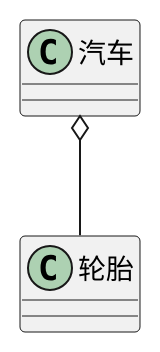
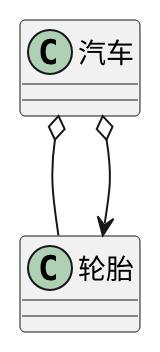
The third of 11 diagrams in doc/webpack/OOA-OOD.md (TigerWFH/webapp), drawn with PlantUML before and after one commit. The commit also changed other lines of this file, not shown here.

Commit message:
feat：重新梳理UML静态类图关系 1、带箭头是单向；没有箭头是双向的

````diff
--- a/doc/webpack/OOA-OOD.md
+++ b/doc/webpack/OOA-OOD.md
@@ -43,5 +49,6 @@
 ```plantuml
 @startuml 汽车聚合轮胎
 汽车 o-- 轮胎
+汽车 o--> 轮胎
 @enduml
 ```
````
